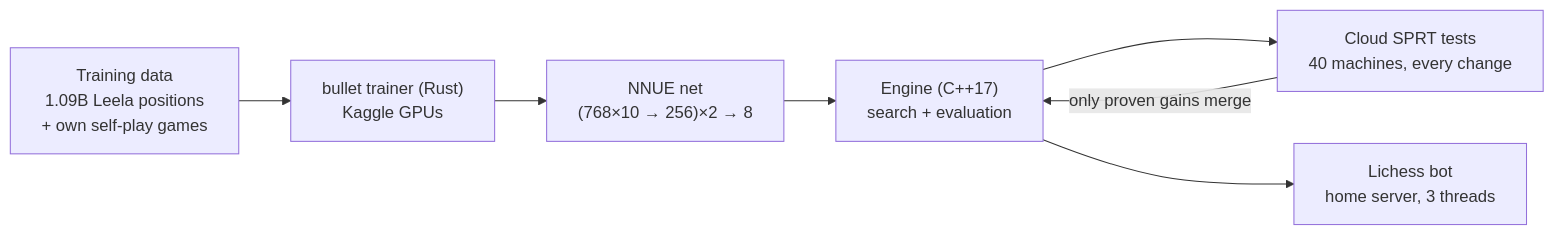
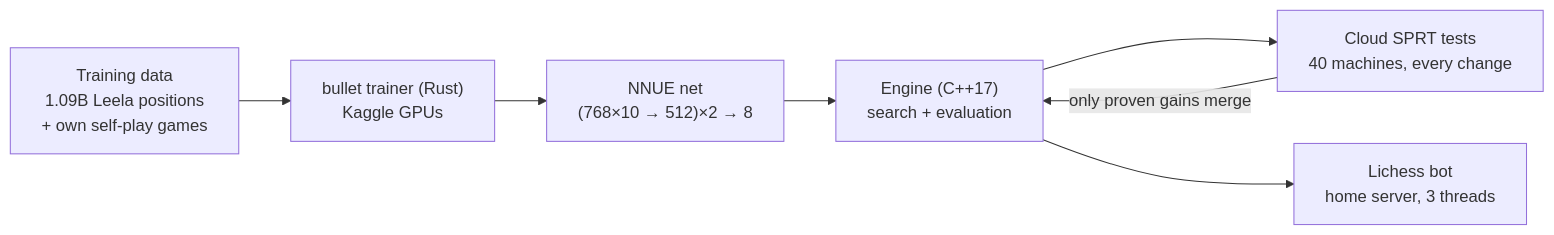
One commit to kavin-jain/KavinEngine changed the diagram in README.md. Above: the diagram before and after it, drawn with Mermaid. The commit also changed other lines of this file and 1 other file, not shown here.

First line of the commit message:
README + SPRT log: 512 net merged (+58.5 ± 7.9 STC, +58.9 ± 4.6 at 30+0.3), bench 2197190, bot on the Oracle VM, blitz 2774; 65 tests / 423,792 games

````diff
--- a/README.md
+++ b/README.md
@@ -28,9 +28,9 @@
 ```mermaid
 flowchart LR
     D["Training data<br/>1.09B Leela positions<br/>+ own self-play games"] --> T["bullet trainer (Rust)<br/>Kaggle GPUs"]
-    T --> N["NNUE net<br/>(768×10 → 256)×2 → 8"]
+    T --> N["NNUE net<br/>(768×10 → 512)×2 → 8"]
     N --> E["Engine (C++17)<br/>search + evaluation"]
     E --> S["Cloud SPRT tests<br/>40 machines, every change"]
     S -- "only proven gains merge" --> E
     E --> L["Lichess bot<br/>home server, 3 threads"]
 ```
````
